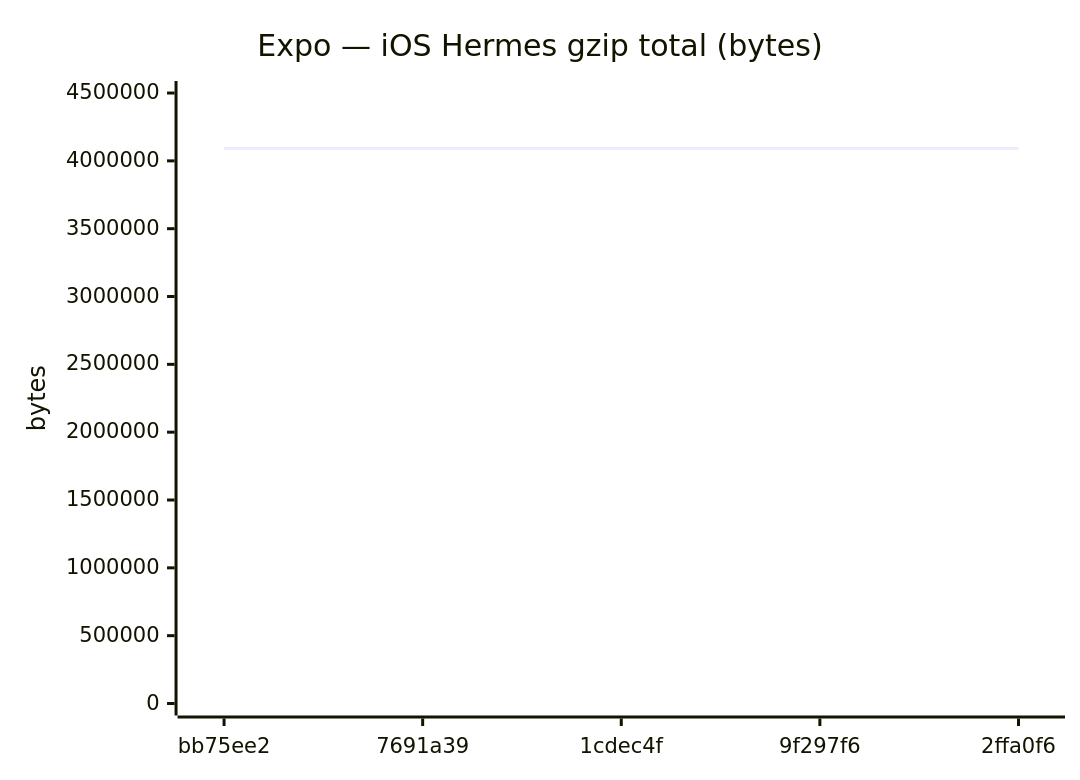
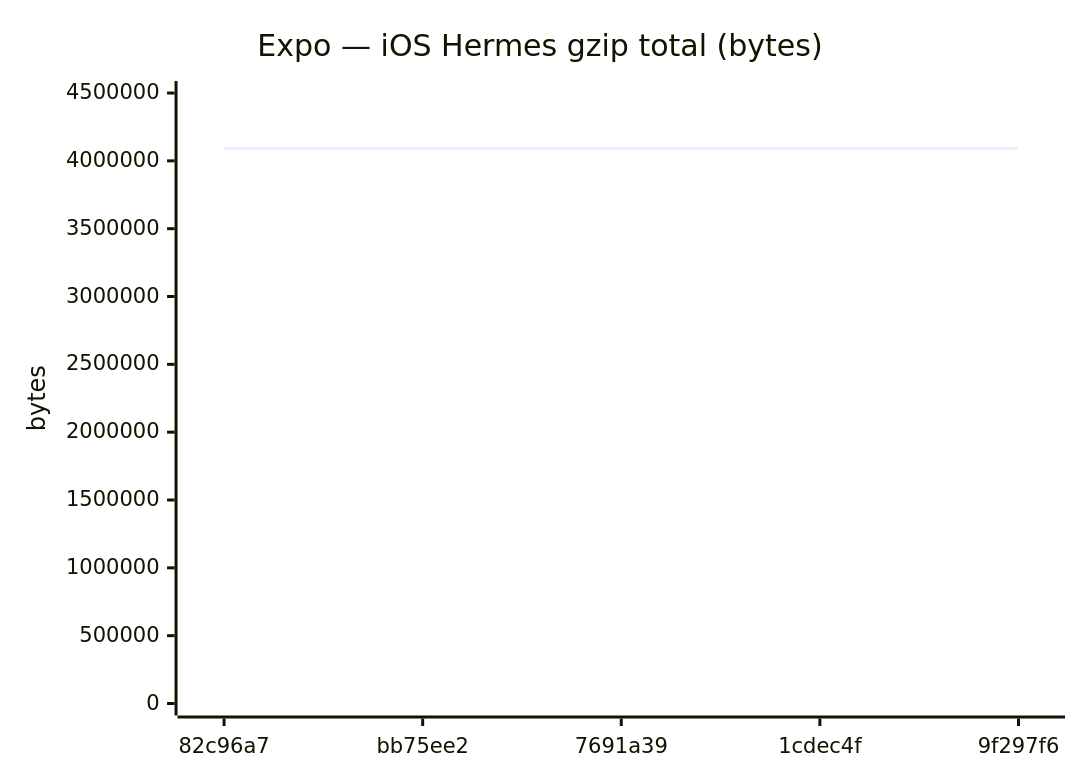
One commit to Metaheurist/Rianell changed diagram 12 of 18 in benchmarks/compare.md. Above: the diagram before and after it, drawn with Mermaid. The commit also changed other lines of this file and 11 other files, not shown here.

````diff
--- a/benchmarks/compare.md
+++ b/benchmarks/compare.md
@@ -179,7 +179,7 @@
 ```mermaid
 xychart-beta
     title "Expo — iOS Hermes gzip total (bytes)"
-    x-axis ["bb75ee2", "7691a39", "1cdec4f", "9f297f6", "2ffa0f6"]
+    x-axis ["82c96a7", "bb75ee2", "7691a39", "1cdec4f", "9f297f6"]
     y-axis "bytes" 0 --> 4500248
-    line [4090855, 4091134, 4091052, 4091052, 4091051]
+    line [4091134, 4090855, 4091134, 4091052, 4091052]
 ```
````
